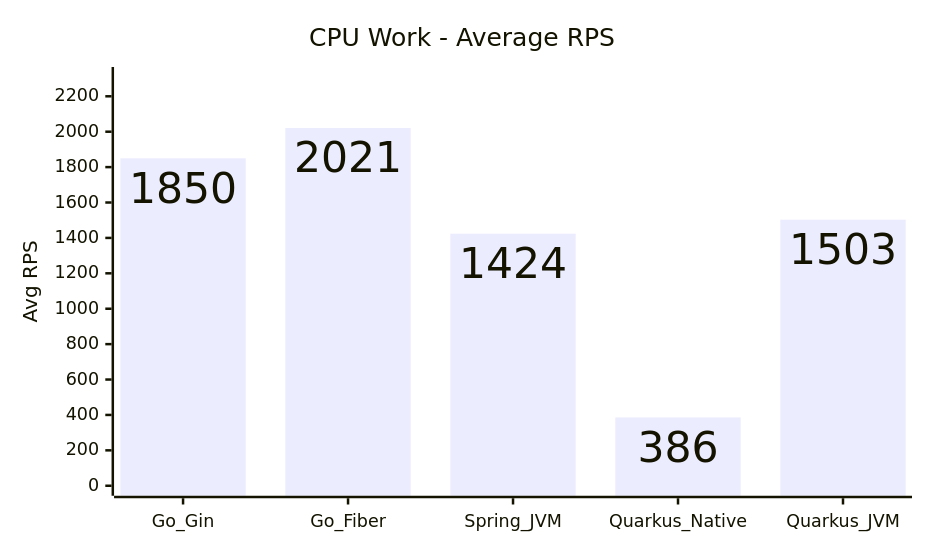
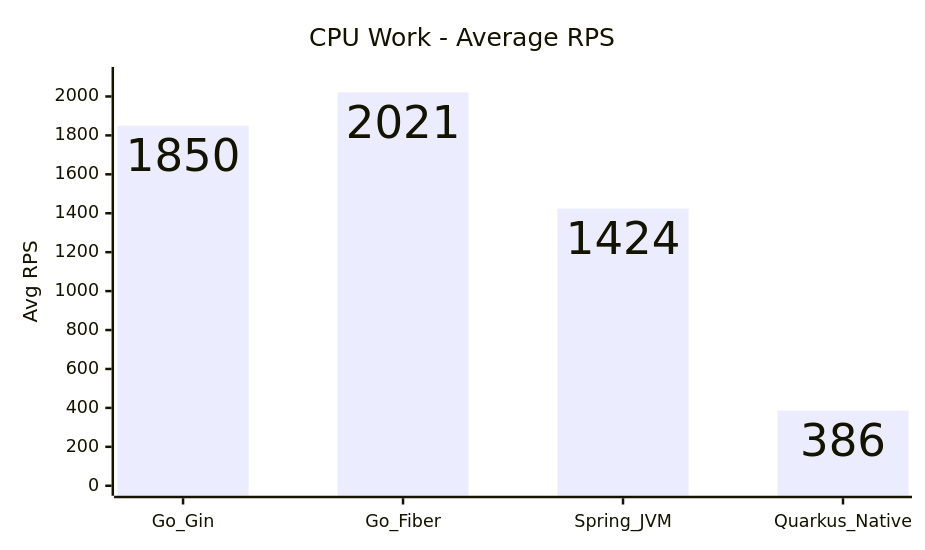
The tenth of 15 diagrams in COMPARISON_REPORT.md (hiiamtin/go-vs-java), drawn with Mermaid before and after one commit. The commit also changed other lines of this file and 90 other files, not shown here.

Commit message:
Remove Quarkus JVM variant and refresh benchmark results

````diff
--- a/COMPARISON_REPORT.md
+++ b/COMPARISON_REPORT.md
@@ -187,14 +191,14 @@
 ```mermaid
 ---
 config:
   xyChart:
     width: 720
     height: 420
     showDataLabel: true
 ---
 xychart
     title "CPU Work - Average RPS"
-    x-axis [Go_Gin, Go_Fiber, Spring_JVM, Quarkus_Native, Quarkus_JVM]
-    y-axis "Avg RPS" 0 --> 2309
-    bar [1850, 2021, 1424, 386, 1503]
+    x-axis [Go_Gin, Go_Fiber, Spring_JVM, Quarkus_Native]
+    y-axis "Avg RPS" 0 --> 2100
+    bar [1850, 2021, 1424, 386]
 ```
````
